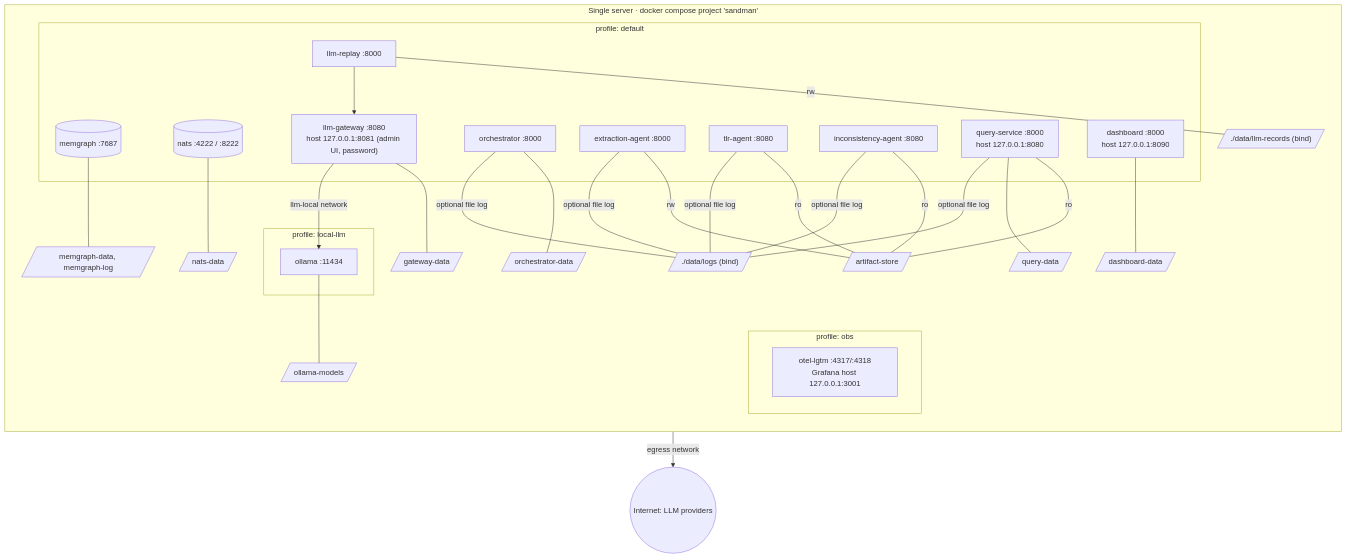
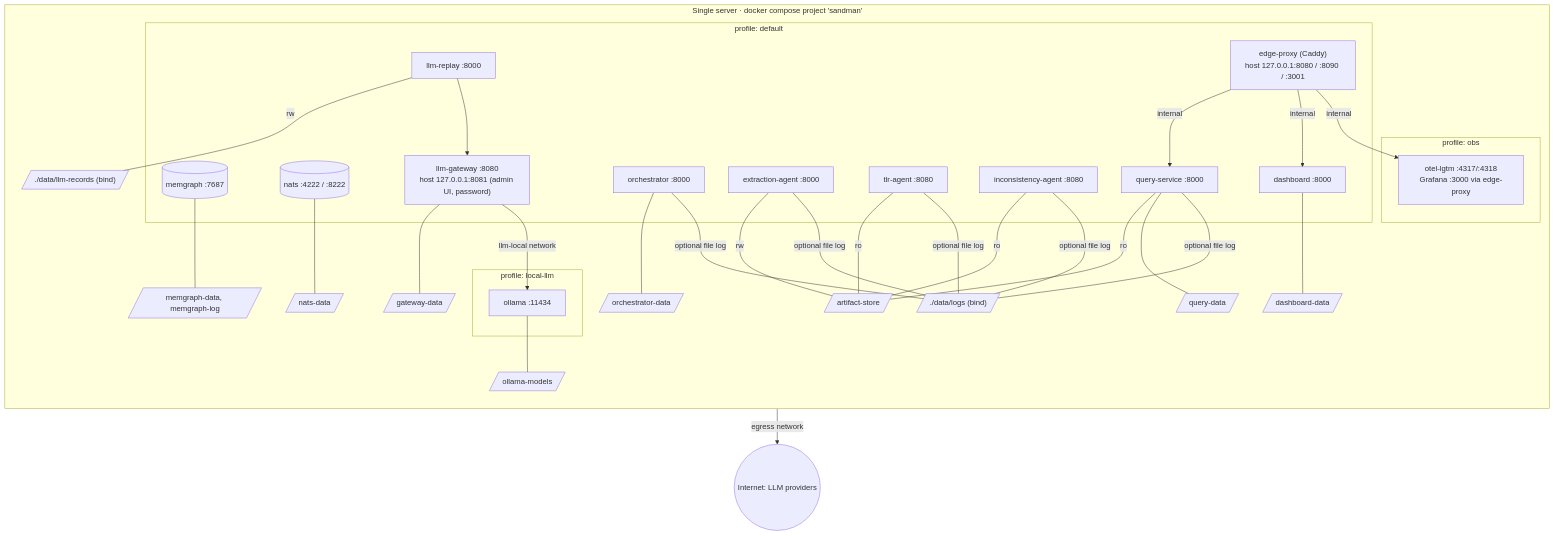
One commit to ardoco/sandman changed the third of 9 diagrams in docs/stage-1-analysis-architecture.md. Above: the diagram before and after it, drawn with Mermaid. The commit also changed other lines of this file and 4 other files, not shown here.

Commit message:
docs: document edge proxy egress control

````diff
--- a/docs/stage-1-analysis-architecture.md
+++ b/docs/stage-1-analysis-architecture.md
@@ -271,49 +271,51 @@
 ```mermaid
 flowchart TB
   subgraph host["Single server · docker compose project 'sandman'"]
     direction TB
     subgraph core["profile: default"]
-      qs["query-service :8000<br/>host 127.0.0.1:8080"]
-      dash["dashboard :8000<br/>host 127.0.0.1:8090"]
+      proxy["edge-proxy (Caddy)<br/>host 127.0.0.1:8080 / :8090 / :3001"]
+      qs["query-service :8000"]
+      dash["dashboard :8000"]
       orch[orchestrator :8000]
       ext[extraction-agent :8000]
       tlr[tlr-agent :8080]
       inc[inconsistency-agent :8080]
       mg[("memgraph :7687")]
       nats[("nats :4222 / :8222")]
       gw["llm-gateway :8080<br/>host 127.0.0.1:8081 (admin UI, password)"]
       rp["llm-replay :8000"]
     end
     subgraph obs["profile: obs"]
-      lgtm["otel-lgtm :4317/:4318<br/>Grafana host 127.0.0.1:3001"]
+      lgtm["otel-lgtm :4317/:4318<br/>Grafana :3000 via edge-proxy"]
     end
     subgraph llm["profile: local-llm"]
       ollama["ollama :11434"]
     end
     v1[/memgraph-data, memgraph-log/]
     v2[/nats-data/]
     v3[/gateway-data/]
     v4[/orchestrator-data/]
     v5[/artifact-store/]
     v6[/"./data/llm-records (bind)"/]
     v7[/ollama-models/]
     v8[/query-data/]
     v9[/"./data/logs (bind)"/]
     v10[/dashboard-data/]
   end
   internet((Internet: LLM providers))
   mg --- v1
   nats --- v2
   gw --- v3
   orch --- v4
   ext ---|rw| v5
   tlr & inc & qs ---|ro| v5
   rp ---|rw| v6
   ollama --- v7
   qs --- v8
   ext & tlr & inc & qs & orch ---|"optional file log"| v9
   dash --- v10
   gw -->|egress network| internet
   rp --> gw
   gw -->|llm-local network| ollama
+  proxy -->|internal| qs & dash & lgtm
 ```
````
